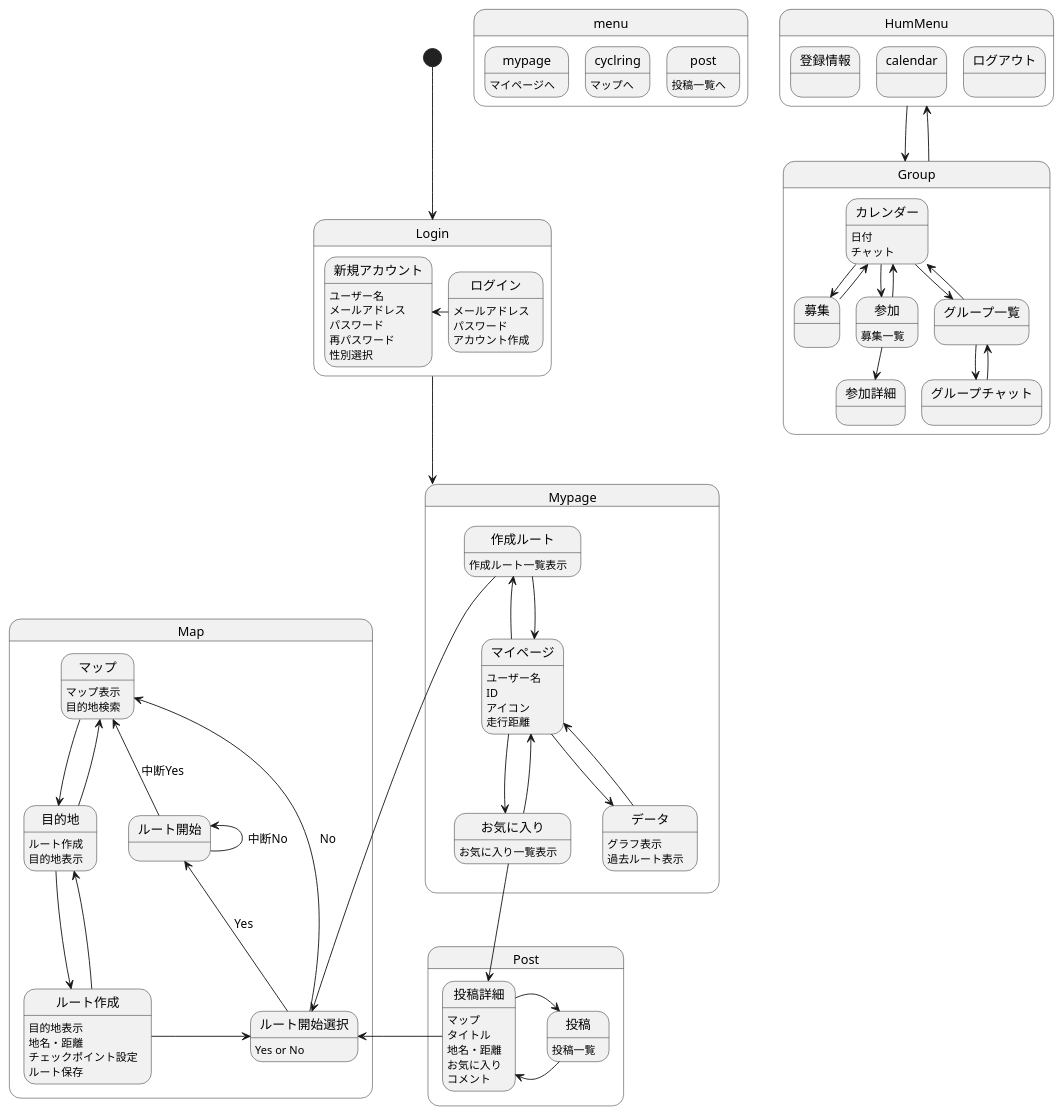
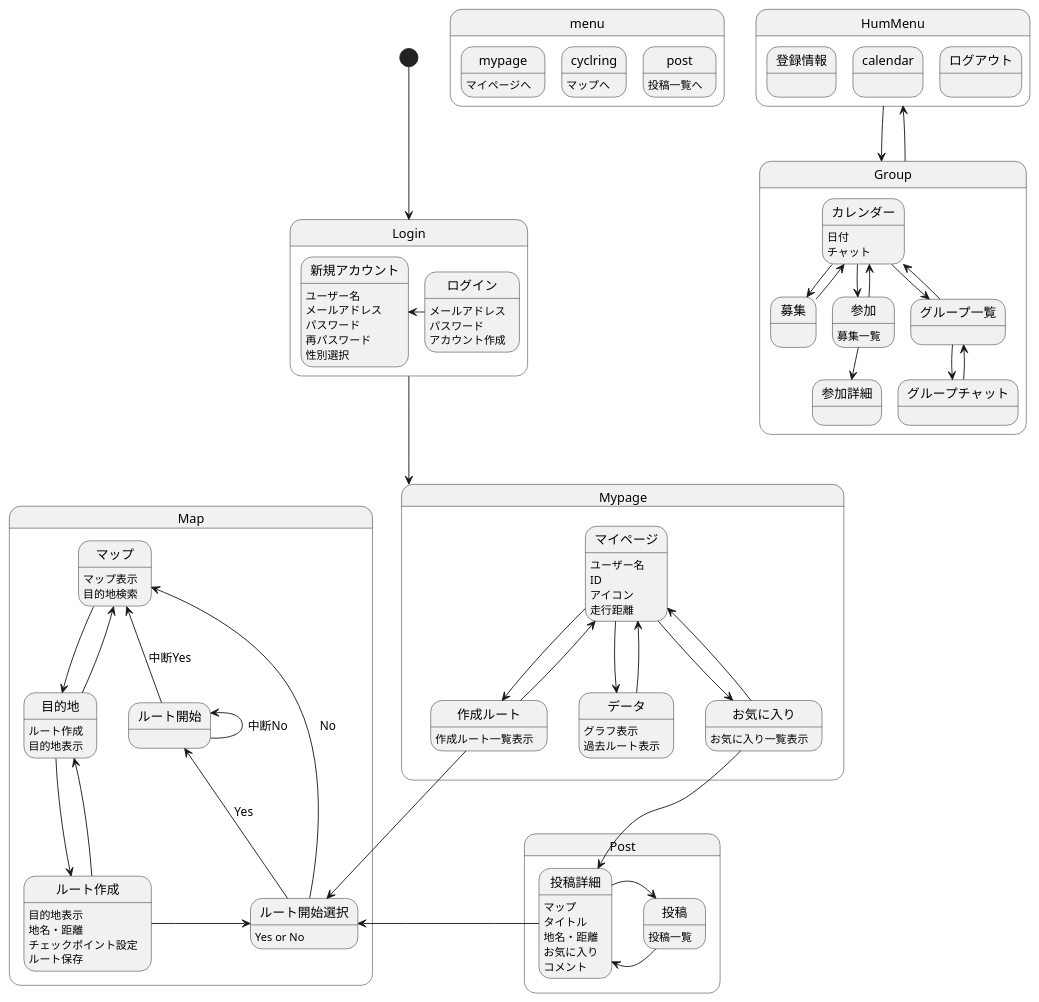
One commit to AsoSD3A3/CyclingSystem changed the diagram in 画面遷移図/gm.md. Above: the diagram before and after it, drawn with PlantUML.

```diff
--- a/画面遷移図/gm.md
+++ b/画面遷移図/gm.md
@@ -58,7 +58,7 @@
 お気に入り-->マイページ
 マイページ-down->データ
 データ-->マイページ
-マイページ-left->作成ルート
+マイページ-down->作成ルート
 作成ルート-->マイページ
 
 お気に入り:お気に入り一覧表示
```
